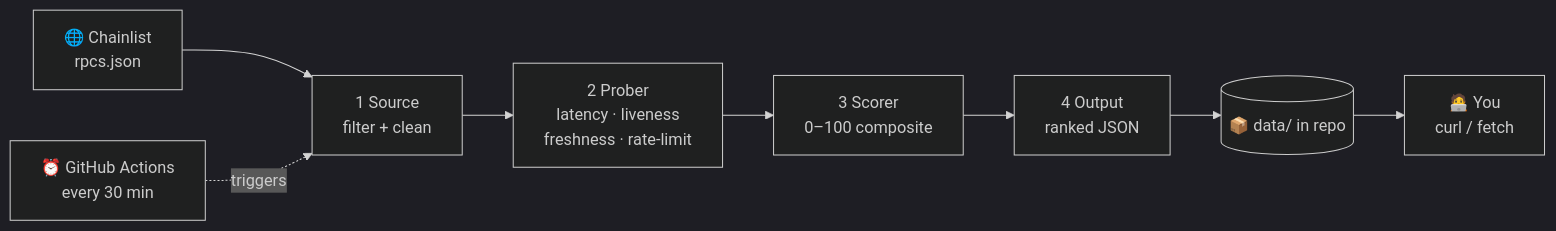
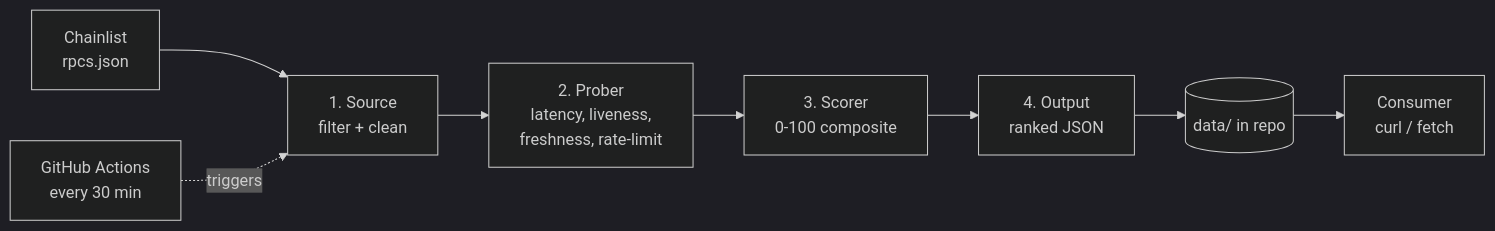
The diagram in README.md (aloshai/chainlist-rpc-scorer), drawn with Mermaid (dark theme) before and after one commit. The commit also changed other lines of this file and 3 other files, not shown here.

````diff
--- a/README.md
+++ b/README.md
@@ -39,10 +34,10 @@
 ```mermaid
 flowchart LR
-    CL["🌐 Chainlist<br/>rpcs.json"] --> SRC["1 Source<br/>filter + clean"]
-    SRC --> PRB["2 Prober<br/>latency · liveness<br/>freshness · rate‑limit"]
-    PRB --> SCR["3 Scorer<br/>0–100 composite"]
-    SCR --> OUT["4 Output<br/>ranked JSON"]
-    OUT --> GIT[("📦 data/ in repo")]
-    CRON["⏰ GitHub Actions<br/>every 30 min"] -.triggers.-> SRC
-    GIT --> YOU["🧑‍💻 You<br/>curl / fetch"]
+    CL["Chainlist<br/>rpcs.json"] --> SRC["1. Source<br/>filter + clean"]
+    SRC --> PRB["2. Prober<br/>latency, liveness,<br/>freshness, rate-limit"]
+    PRB --> SCR["3. Scorer<br/>0-100 composite"]
+    SCR --> OUT["4. Output<br/>ranked JSON"]
+    OUT --> GIT[("data/ in repo")]
+    CRON["GitHub Actions<br/>every 30 min"] -.triggers.-> SRC
+    GIT --> YOU["Consumer<br/>curl / fetch"]
 ```
````
